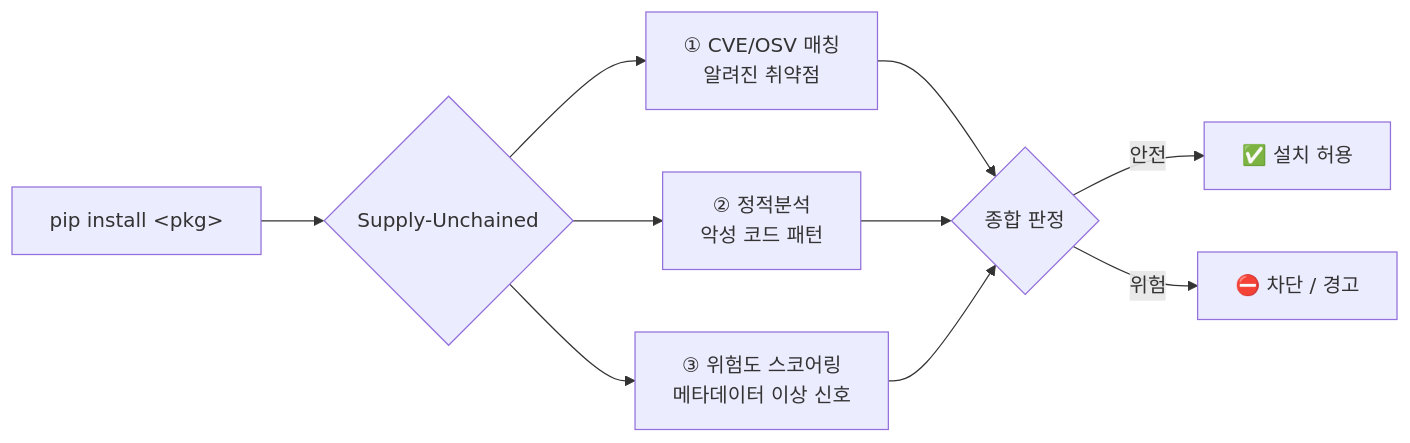
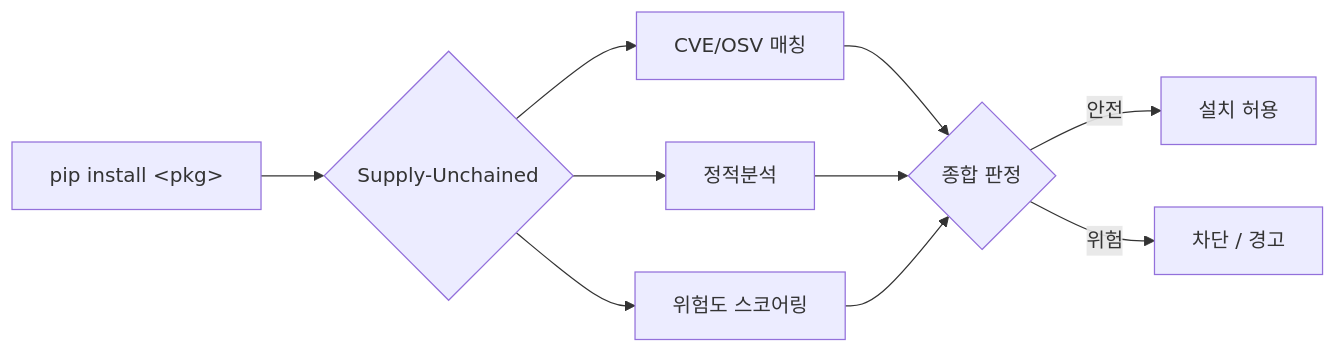
The diagram in README.md (jeonmin0716002-sketch/Supply-Unchained), drawn with Mermaid before and after one commit. The commit also changed other lines of this file, not shown here.

````diff
--- a/README.md
+++ b/README.md
@@ -63,10 +60,10 @@
 ```mermaid
 flowchart LR
     A["pip install &lt;pkg&gt;"] --> B{Supply-Unchained}
-    B --> L1["① CVE/OSV 매칭<br/>알려진 취약점"]
-    B --> L2["② 정적분석<br/>악성 코드 패턴"]
-    B --> L3["③ 위험도 스코어링<br/>메타데이터 이상 신호"]
+    B --> L1["CVE/OSV 매칭"]
+    B --> L2["정적분석"]
+    B --> L3["위험도 스코어링"]
     L1 & L2 & L3 --> D{종합 판정}
-    D -->|"안전"| OK["✅ 설치 허용"]
-    D -->|"위험"| NG["⛔ 차단 / 경고"]
+    D -->|안전| OK["설치 허용"]
+    D -->|위험| NG["차단 / 경고"]
 ```
````
